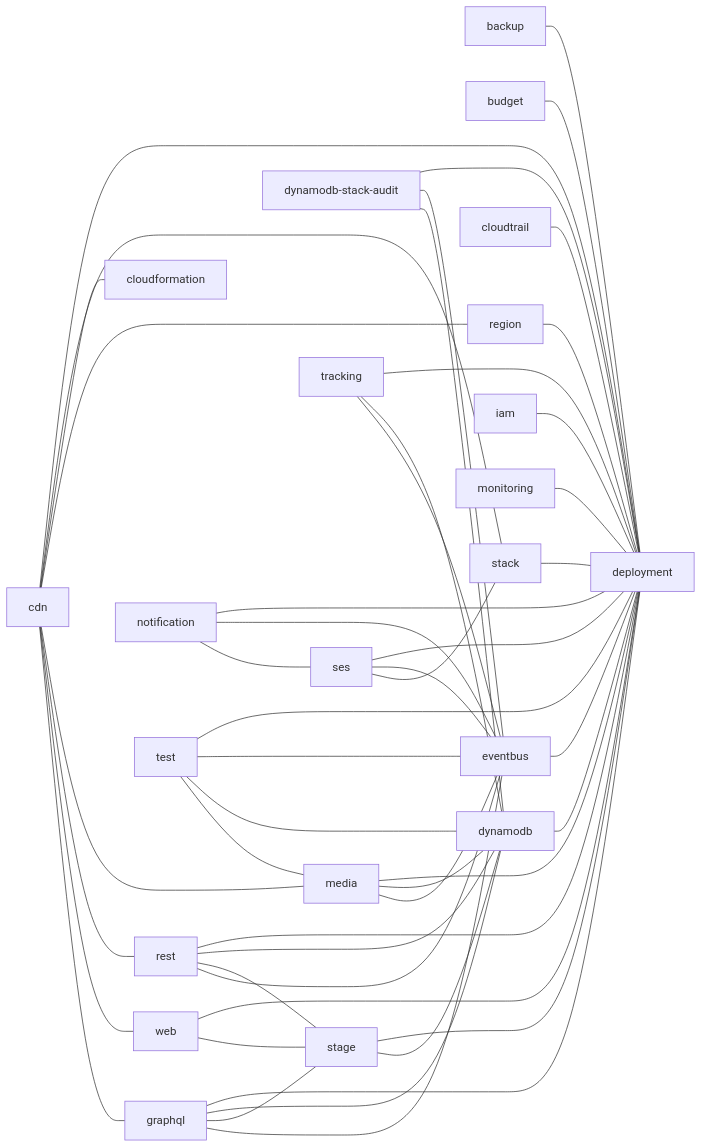
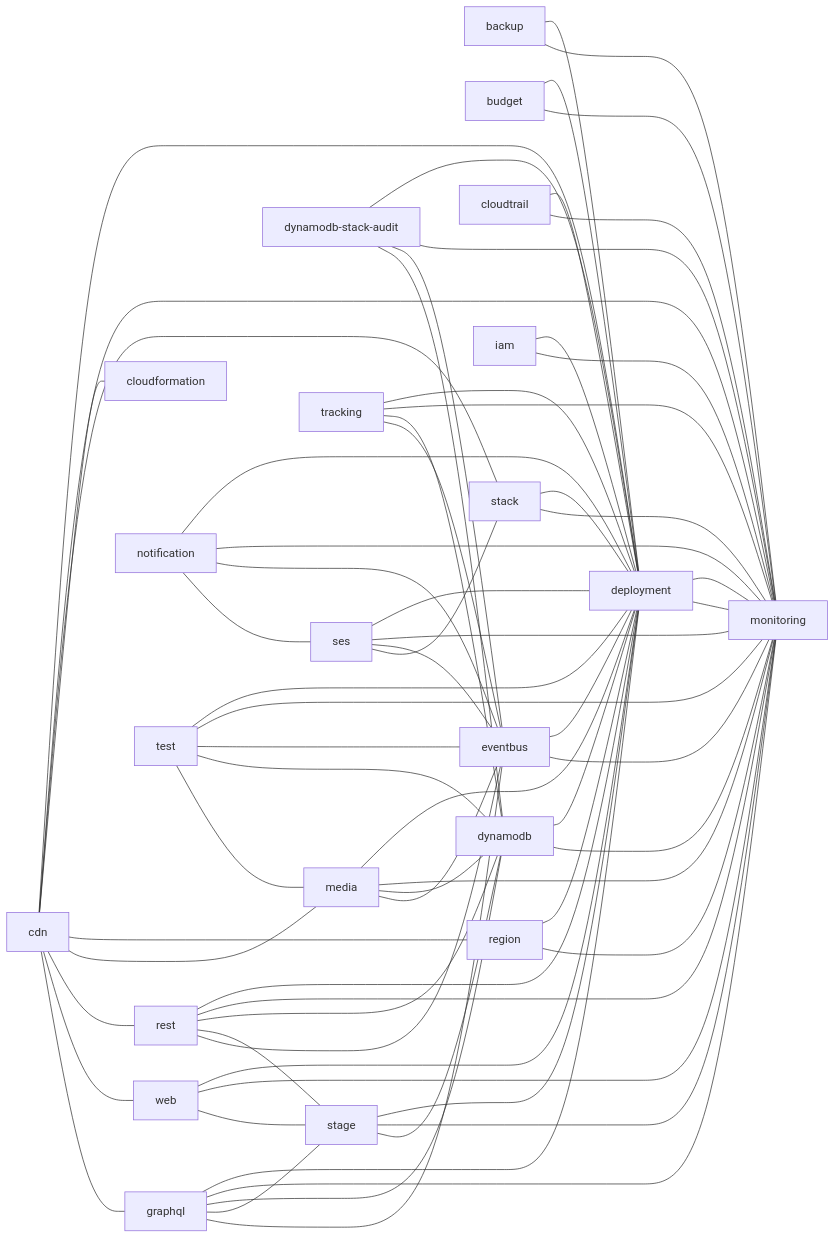
The diagram in README.md (starterstack/starterstack), drawn with Mermaid before and after one commit. The commit also changed 1 other file, not shown here.

Commit message:
chore(README): add monitoring to mermaid diagram

````diff
--- a/README.md
+++ b/README.md
@@ -7,51 +7,71 @@
 ```mermaid
   graph LR;
     backup --- deployment
+    backup --- monitoring
     budget --- deployment
+    budget --- monitoring
     cdn --- deployment
+    cdn --- monitoring
     cdn --- stack
     cdn --- cloudformation
     cdn --- region
     cdn --- media
     cdn --- rest
     cdn --- web
     cdn --- graphql
     cloudtrail --- deployment
+    cloudtrail --- monitoring
+    deployment --- monitoring
     dynamodb --- deployment
+    dynamodb --- monitoring
     dynamodb-stack-audit --- deployment
+    dynamodb-stack-audit --- monitoring
     dynamodb-stack-audit --- eventbus
     dynamodb-stack-audit --- dynamodb
     eventbus --- deployment
+    eventbus --- monitoring
     graphql --- deployment
+    graphql --- monitoring
     graphql --- dynamodb
     graphql --- stage
     graphql --- eventbus
     iam --- deployment
+    iam --- monitoring
     media --- deployment
+    media --- monitoring
     media --- dynamodb
     media --- eventbus
     monitoring --- deployment
     notification --- deployment
+    notification --- monitoring
     notification --- eventbus
     notification --- ses
     region --- deployment
+    region --- monitoring
     rest --- deployment
+    rest --- monitoring
     rest --- dynamodb
     rest --- stage
     rest --- eventbus
     ses --- deployment
+    ses --- monitoring
     ses --- eventbus
     ses --- stack
     stack --- deployment
+    stack --- monitoring
     stage --- deployment
+    stage --- monitoring
     stage --- dynamodb
     test --- deployment
+    test --- monitoring
     test --- eventbus
     test --- dynamodb
     test --- media
     tracking --- deployment
+    tracking --- monitoring
     tracking --- dynamodb
     tracking --- eventbus
     web --- deployment
+    web --- monitoring
     web --- stage
 ```
````
